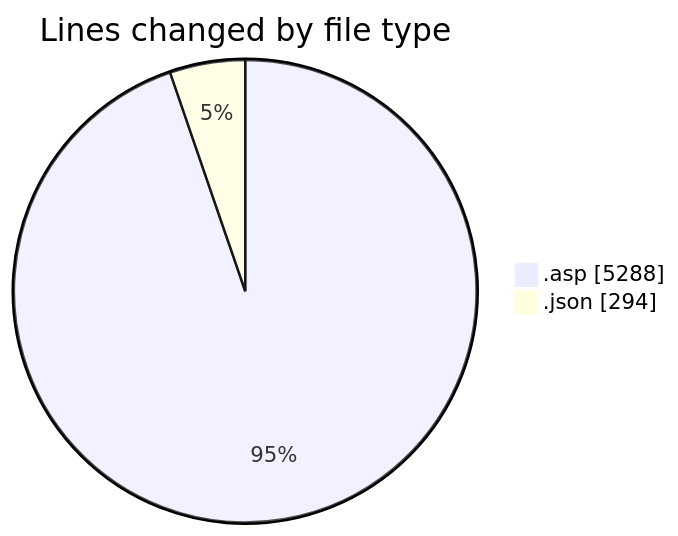
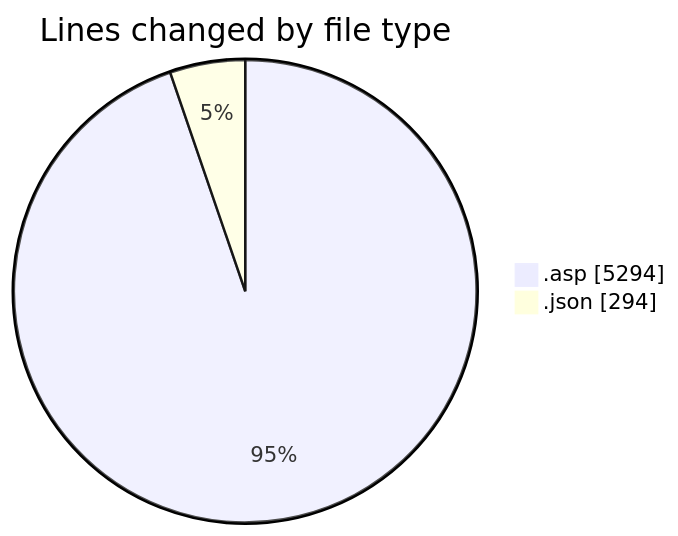
Before and after one commit to julien-gomy/code-tracking: the first of 2 diagrams in 2025-10-27/usr_aleoudev_fr__workspace_/README.md, drawn with Mermaid. The commit also changed other lines of this file and 1 other file, not shown here.

````diff
--- a/2025-10-27/usr_aleoudev_fr__workspace_/README.md
+++ b/2025-10-27/usr_aleoudev_fr__workspace_/README.md
@@ -26,6 +26,6 @@
 ```mermaid
 pie showData
 title Lines changed by file type
-".asp" : 5288
+".asp" : 5294
 ".json" : 294
 ```
````
